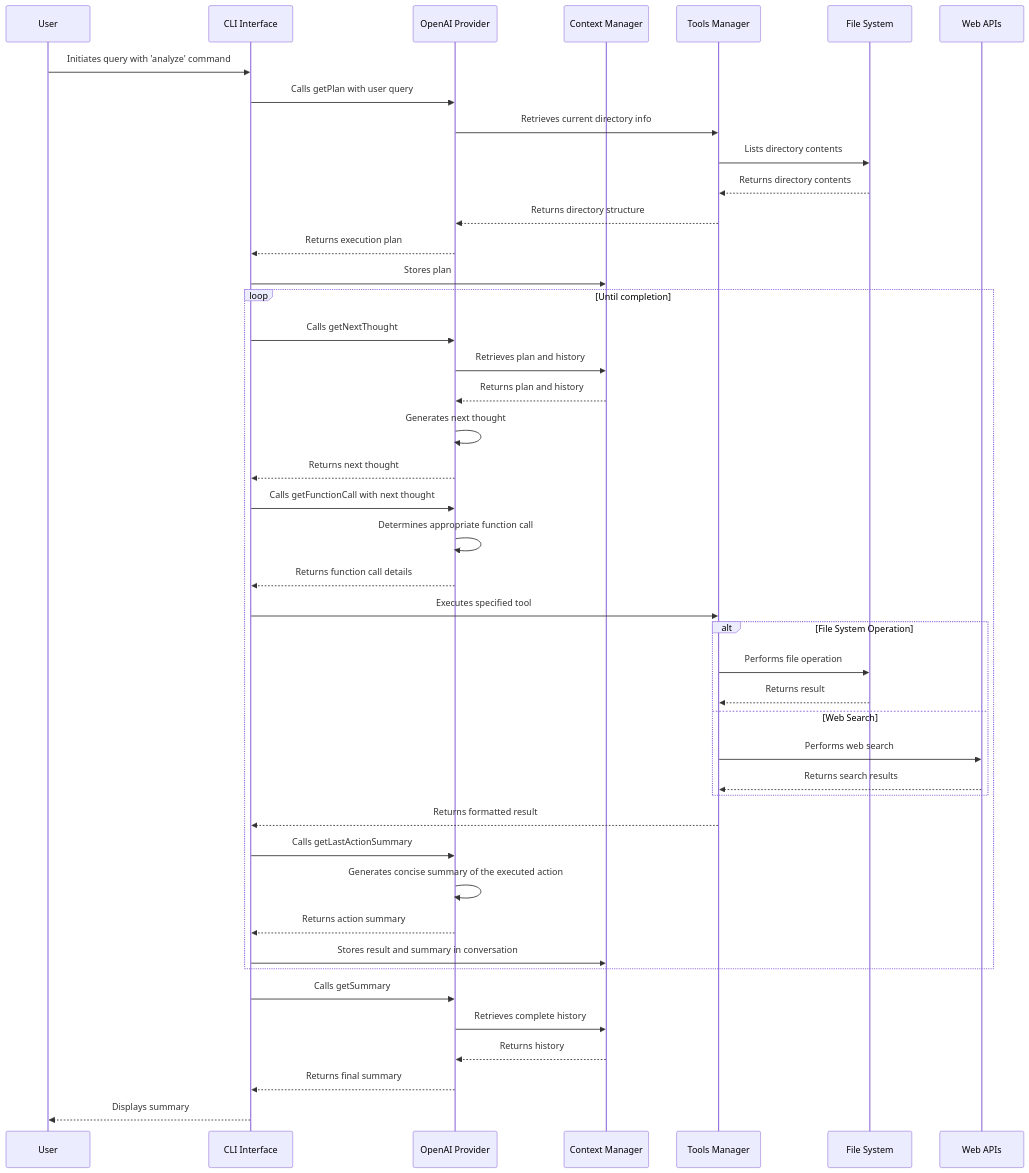
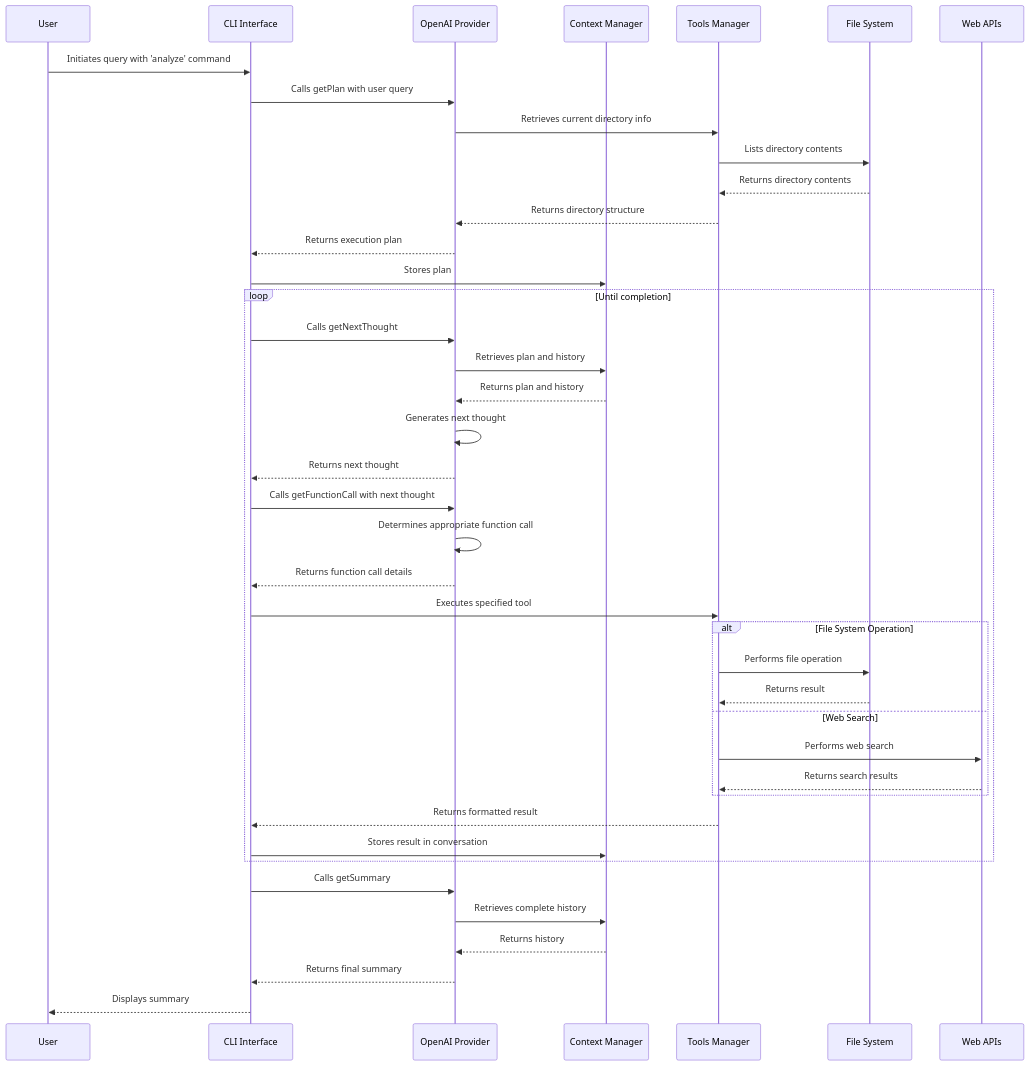
Before and after one commit to grinsteindavid/ai-agent-code-analyzer: the diagram in README.md, drawn with Mermaid. The commit also changed other lines of this file and 1 other file, not shown here.

First line of the commit message:
Removes getLastActionSummary references and updates README

````diff
--- a/README.md
+++ b/README.md
@@ -142,51 +140,47 @@
 ```mermaid
 sequenceDiagram
     participant User
     participant CLI as CLI Interface
     participant OpenAI as OpenAI Provider
     participant Context as Context Manager
     participant Tools as Tools Manager
     participant FileSystem as File System
     participant WebAPI as Web APIs
 
     User->>CLI: Initiates query with 'analyze' command
     CLI->>OpenAI: Calls getPlan with user query
     OpenAI->>Tools: Retrieves current directory info
     Tools->>FileSystem: Lists directory contents
     FileSystem-->>Tools: Returns directory contents
     Tools-->>OpenAI: Returns directory structure
     OpenAI-->>CLI: Returns execution plan
     CLI->>Context: Stores plan
     
     loop Until completion
         CLI->>OpenAI: Calls getNextThought
         OpenAI->>Context: Retrieves plan and history
         Context-->>OpenAI: Returns plan and history
         OpenAI->>OpenAI: Generates next thought
         OpenAI-->>CLI: Returns next thought
         
         CLI->>OpenAI: Calls getFunctionCall with next thought
         OpenAI->>OpenAI: Determines appropriate function call
         OpenAI-->>CLI: Returns function call details
         CLI->>Tools: Executes specified tool
         alt File System Operation
             Tools->>FileSystem: Performs file operation
             FileSystem-->>Tools: Returns result
         else Web Search
             Tools->>WebAPI: Performs web search
             WebAPI-->>Tools: Returns search results
         end
         Tools-->>CLI: Returns formatted result
-        
-        CLI->>OpenAI: Calls getLastActionSummary
-        OpenAI->>OpenAI: Generates concise summary of the executed action
-        OpenAI-->>CLI: Returns action summary
-        CLI->>Context: Stores result and summary in conversation
+        CLI->>Context: Stores result in conversation
     end
     
     CLI->>OpenAI: Calls getSummary
     OpenAI->>Context: Retrieves complete history
     Context-->>OpenAI: Returns history
     OpenAI-->>CLI: Returns final summary
     CLI-->>User: Displays summary
 ```
````
